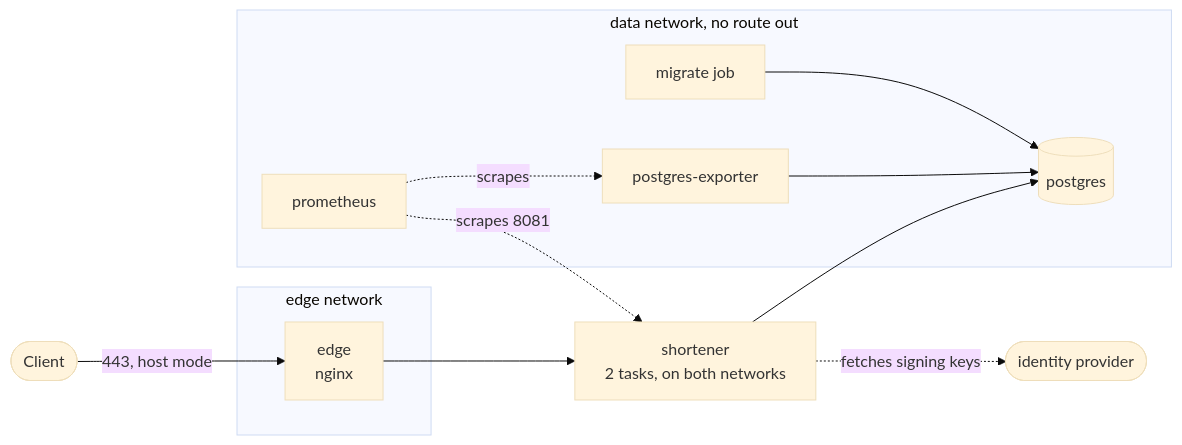
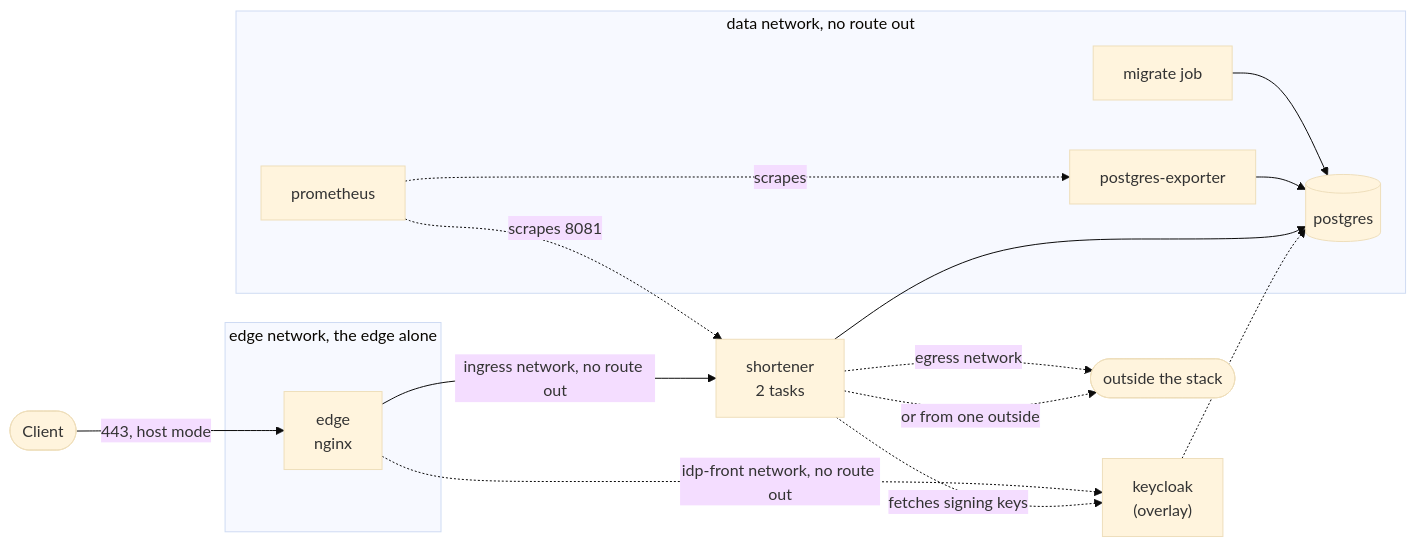
Before and after one commit to christ008/shortener: the fifth of 7 diagrams in docs/INTERNALS.md, drawn with Mermaid (base theme). The commit also changed other lines of this file and 37 other files, not shown here.

````diff
--- a/docs/INTERNALS.md
+++ b/docs/INTERNALS.md
@@ -437,18 +438,22 @@
 ```mermaid
 flowchart LR
     client(["Client"]) -->|"443, host mode"| edge
-    subgraph edgeNet["edge network"]
+    subgraph edgeNet["edge network, the edge alone"]
         edge["edge<br/>nginx"]
     end
-    edge --> app["shortener<br/>2 tasks, on both networks"]
+    edge -->|"ingress network, no route out"| app["shortener<br/>2 tasks"]
+    edge -.->|"idp-front network, no route out"| keycloak["keycloak<br/>(overlay)"]
+    app -.->|"egress network"| out(["outside the stack"])
     subgraph dataNet["data network, no route out"]
         db[("postgres")]
         migrate["migrate job"] --> db
         exporter["postgres-exporter"] --> db
         prometheus["prometheus"]
     end
     app --> db
     prometheus -.->|"scrapes 8081"| app
     prometheus -.->|scrapes| exporter
-    app -.->|"fetches signing keys"| idp(["identity provider"])
+    keycloak -.-> db
+    app -.->|"fetches signing keys"| keycloak
+    app -.->|"or from one outside"| out
 ```
````
